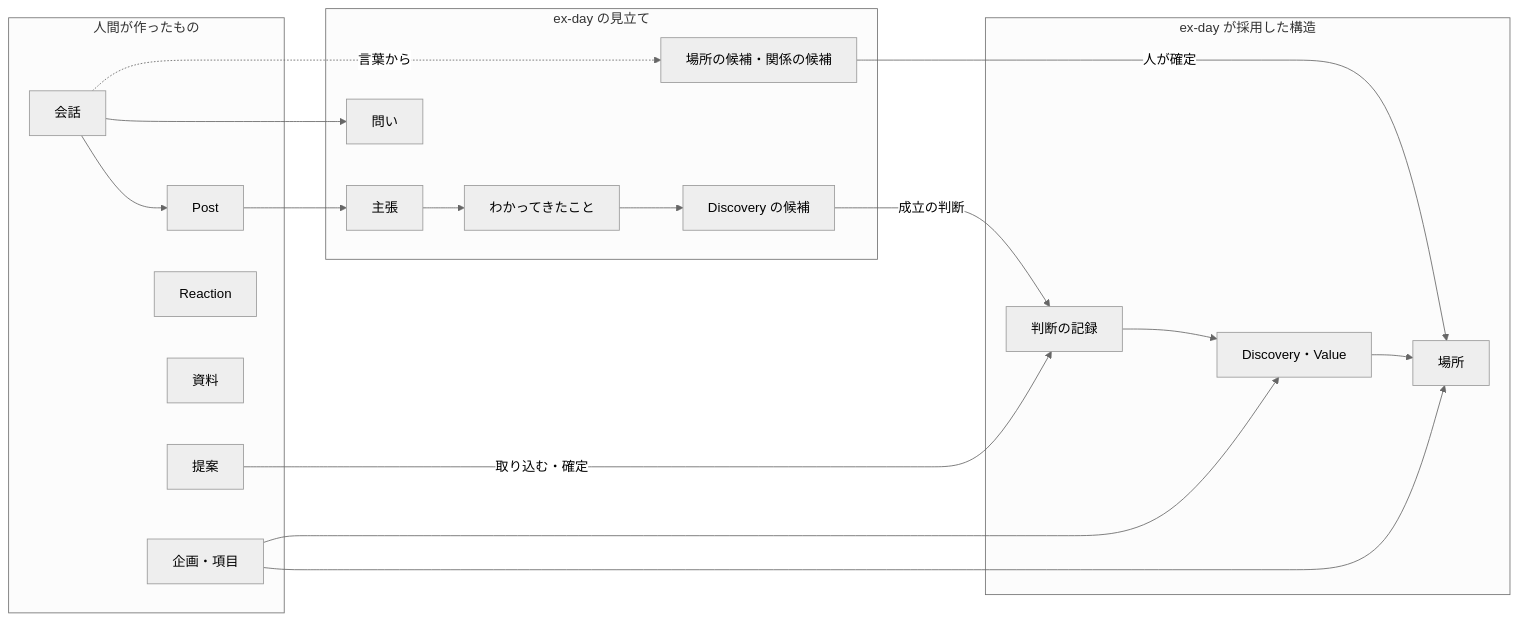
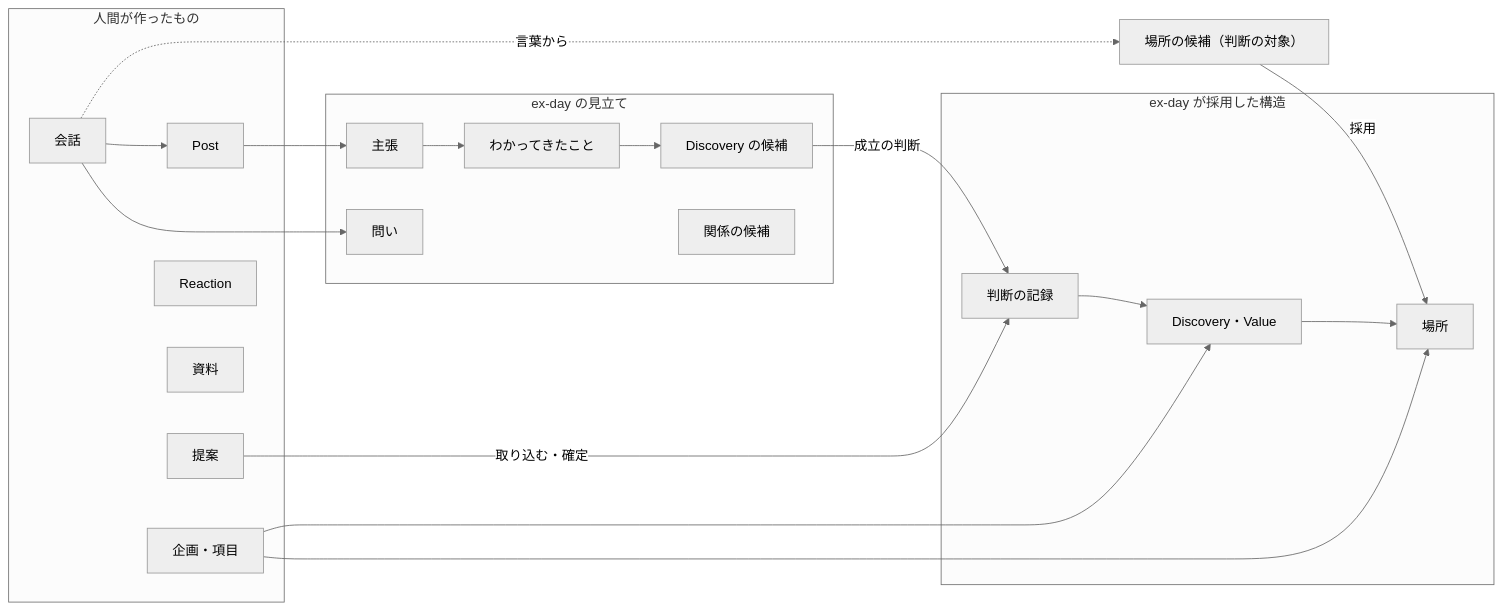
The first of 2 diagrams in docs/ex-day_domain_model.md (ex-day/platform), drawn with Mermaid (neutral theme) before and after one commit. The commit also changed other lines of this file, not shown here.

````diff
--- a/docs/ex-day_domain_model.md
+++ b/docs/ex-day_domain_model.md
@@ -79,36 +79,36 @@
 ```mermaid
 flowchart LR
     subgraph H["人間が作ったもの"]
         C["会話"]
         P["Post"]
         PJ["企画・項目"]
         PR["提案"]
         RE["Reaction"]
         ME["資料"]
     end
     subgraph V["ex-day の見立て"]
         CL["主張"]
         F["わかってきたこと"]
         Q["問い"]
         DC["Discovery の候補"]
-        PC["場所の候補・関係の候補"]
+        PC["関係の候補"]
     end
     subgraph A["ex-day が採用した構造"]
         PL["場所"]
         D["Discovery・Value"]
         DD["判断の記録"]
     end
     C --> P
     P --> CL
     CL --> F
     C --> Q
     F --> DC
-    C -.->|言葉から| PC
-    PC -->|人が確定| PL
+    C -.->|言葉から| PCA["場所の候補（判断の対象）"]
+    PCA -->|採用| PL
     DC -->|成立の判断| DD
     PR -->|取り込む・確定| DD
     DD --> D
     D --> PL
     PJ --> PL
     PJ --> D
 ```
````
